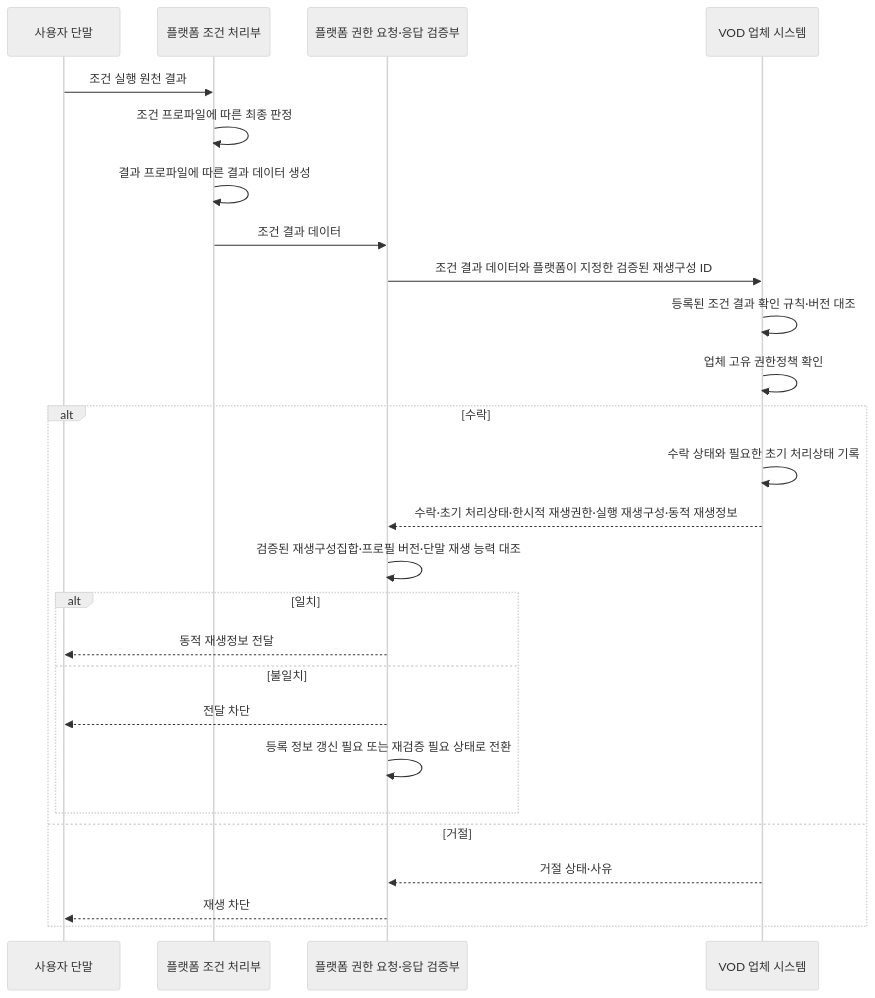
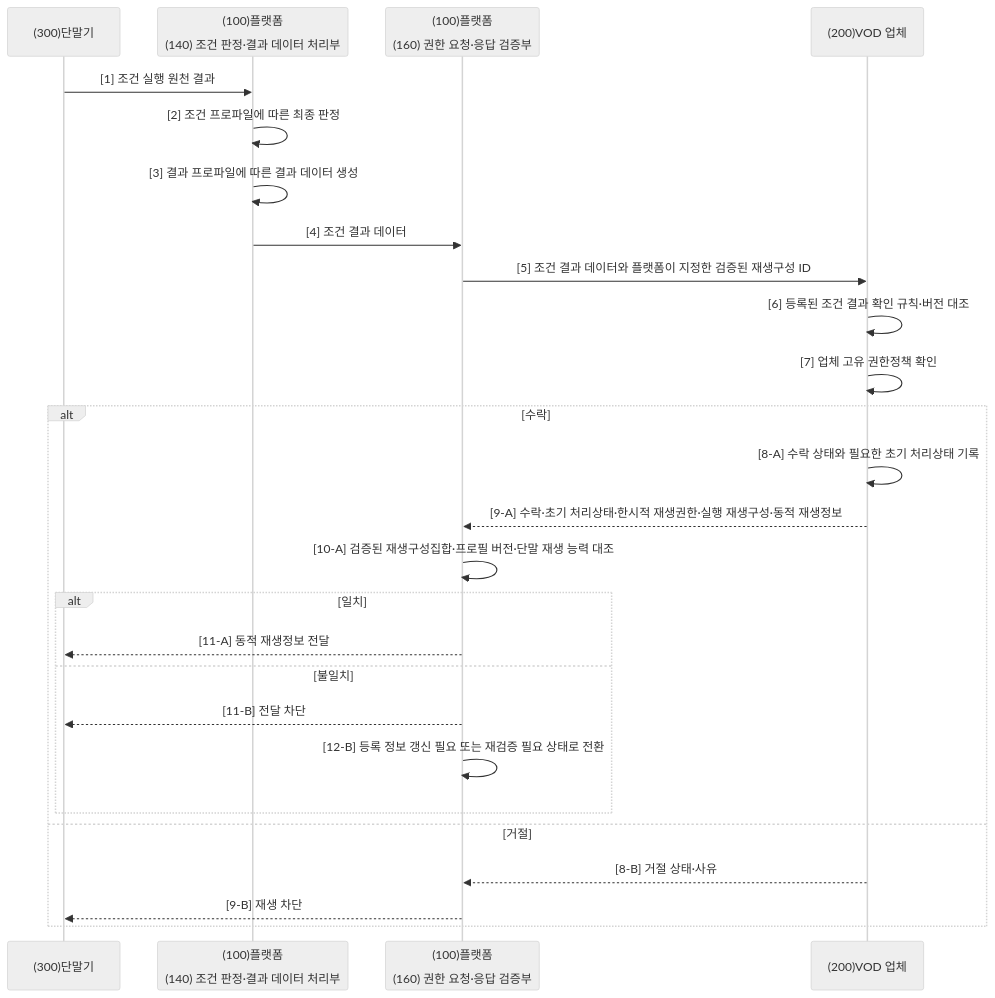
The ninth of 11 diagrams in instant_play_직무발명서_가독성개선본.md (growdai1y/instant-play), drawn with Mermaid (neutral theme) before and after one commit. The commit also changed other lines of this file and 1 other file, not shown here.

Commit message:
Standardize Mermaid diagram labels

````diff
--- a/instant_play_직무발명서_가독성개선본.md
+++ b/instant_play_직무발명서_가독성개선본.md
@@ -697,29 +697,29 @@
 ```mermaid
 sequenceDiagram
-    participant D as 사용자 단말
-    participant P as 플랫폼 조건 처리부
-    participant G as 플랫폼 권한 요청·응답 검증부
-    participant V as VOD 업체 시스템
+    participant D as (300)단말기
+    participant P as (100)플랫폼<br/><br/>(140) 조건 판정·결과 데이터 처리부
+    participant G as (100)플랫폼<br/><br/>(160) 권한 요청·응답 검증부
+    participant V as (200)VOD 업체
 
-    D->>P: 조건 실행 원천 결과
-    P->>P: 조건 프로파일에 따른 최종 판정
-    P->>P: 결과 프로파일에 따른 결과 데이터 생성
-    P->>G: 조건 결과 데이터
-    G->>V: 조건 결과 데이터와 플랫폼이 지정한 검증된 재생구성 ID
-    V->>V: 등록된 조건 결과 확인 규칙·버전 대조
-    V->>V: 업체 고유 권한정책 확인
+    D->>P: [1] 조건 실행 원천 결과
+    P->>P: [2] 조건 프로파일에 따른 최종 판정
+    P->>P: [3] 결과 프로파일에 따른 결과 데이터 생성
+    P->>G: [4] 조건 결과 데이터
+    G->>V: [5] 조건 결과 데이터와 플랫폼이 지정한 검증된 재생구성 ID
+    V->>V: [6] 등록된 조건 결과 확인 규칙·버전 대조
+    V->>V: [7] 업체 고유 권한정책 확인
     alt 수락
-        V->>V: 수락 상태와 필요한 초기 처리상태 기록
-        V-->>G: 수락·초기 처리상태·한시적 재생권한·실행 재생구성·동적 재생정보
-        G->>G: 검증된 재생구성집합·프로필 버전·단말 재생 능력 대조
+        V->>V: [8-A] 수락 상태와 필요한 초기 처리상태 기록
+        V-->>G: [9-A] 수락·초기 처리상태·한시적 재생권한·실행 재생구성·동적 재생정보
+        G->>G: [10-A] 검증된 재생구성집합·프로필 버전·단말 재생 능력 대조
         alt 일치
-            G-->>D: 동적 재생정보 전달
+            G-->>D: [11-A] 동적 재생정보 전달
         else 불일치
-            G-->>D: 전달 차단
-            G->>G: 등록 정보 갱신 필요 또는 재검증 필요 상태로 전환
+            G-->>D: [11-B] 전달 차단
+            G->>G: [12-B] 등록 정보 갱신 필요 또는 재검증 필요 상태로 전환
         end
     else 거절
-        V-->>G: 거절 상태·사유
-        G-->>D: 재생 차단
+        V-->>G: [8-B] 거절 상태·사유
+        G-->>D: [9-B] 재생 차단
     end
 ```
````
